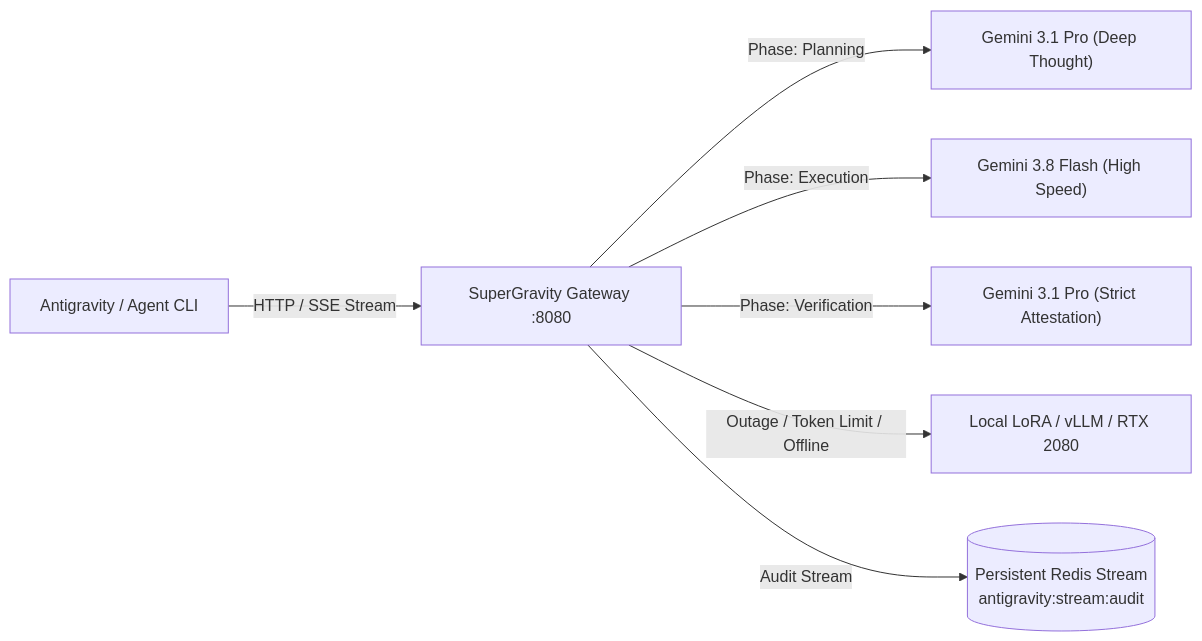
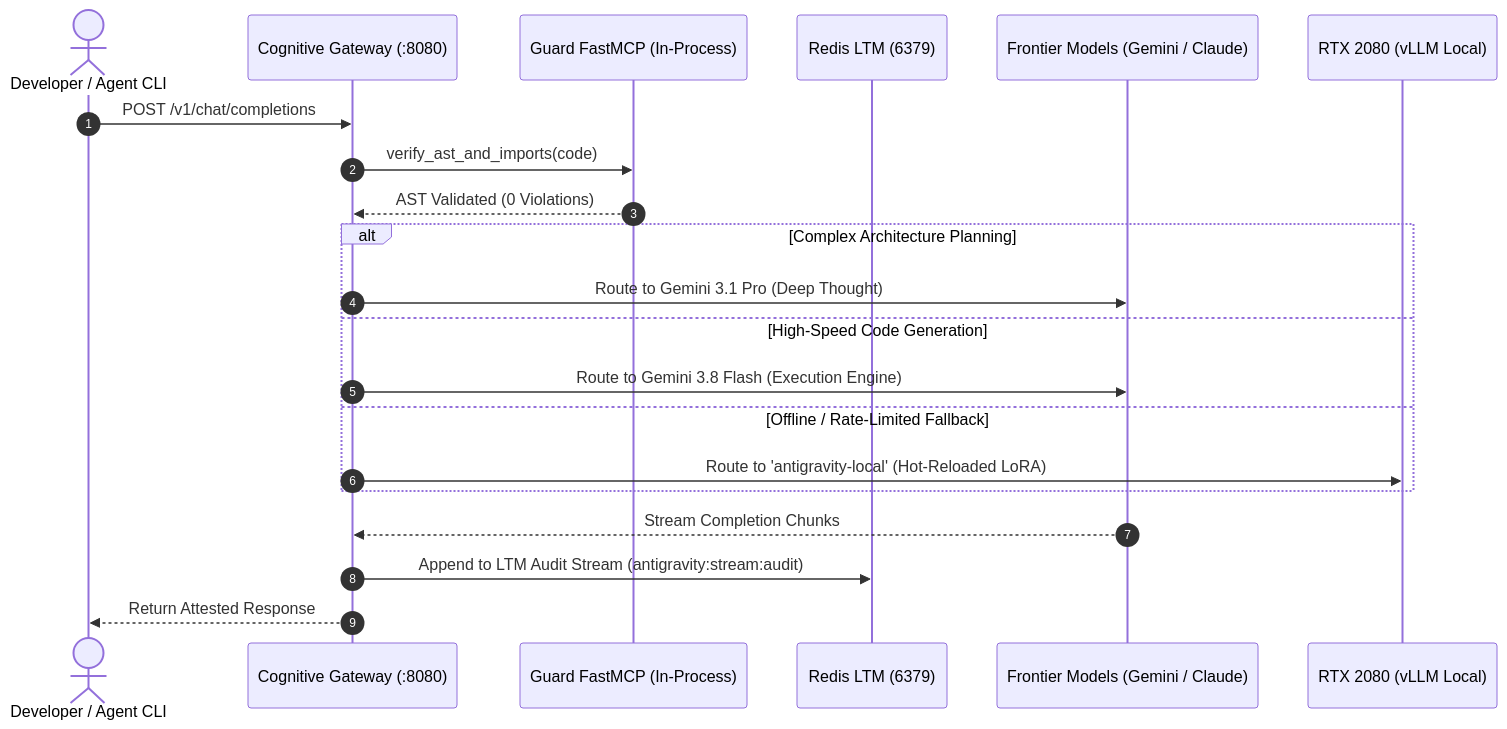
Before and after one commit to xaviercallens/AutoevolveAI: the third of 4 diagrams in README.md, drawn with Mermaid. The commit also changed other lines of this file and 5 other files, not shown here.

````diff
--- a/README.md
+++ b/README.md
@@ -68,9 +134,26 @@
 ```mermaid
-graph LR
-    Agent["Antigravity / Agent CLI"] -->|HTTP / SSE Stream| GW["SuperGravity Gateway :8080"]
-    GW -->|"Phase: Planning"| GPro["Gemini 3.1 Pro (Deep Thought)"]
-    GW -->|"Phase: Execution"| GFlash["Gemini 3.8 Flash (High Speed)"]
-    GW -->|"Phase: Verification"| GV["Gemini 3.1 Pro (Strict Attestation)"]
-    GW -->|"Outage / Token Limit / Offline"| Local["Local LoRA / vLLM / RTX 2080"]
-    GW -->|Audit Stream| Redis[("Persistent Redis Stream<br/>antigravity:stream:audit")]
+sequenceDiagram
+    autonumber
+    actor User as Developer / Agent CLI
+    participant GW as Cognitive Gateway (:8080)
+    participant FastMCP as Guard FastMCP (In-Process)
+    participant Redis as Redis LTM (6379)
+    participant LLM as Frontier Models (Gemini / Claude)
+    participant LocalGPU as RTX 2080 (vLLM Local)
+
+    User->>GW: POST /v1/chat/completions
+    GW->>FastMCP: verify_ast_and_imports(code)
+    FastMCP-->>GW: AST Validated (0 Violations)
+    
+    alt Complex Architecture Planning
+        GW->>LLM: Route to Gemini 3.1 Pro (Deep Thought)
+    else High-Speed Code Generation
+        GW->>LLM: Route to Gemini 3.8 Flash (Execution Engine)
+    else Offline / Rate-Limited Fallback
+        GW->>LocalGPU: Route to 'antigravity-local' (Hot-Reloaded LoRA)
+    end
+
+    LLM-->>GW: Stream Completion Chunks
+    GW->>Redis: Append to LTM Audit Stream (antigravity:stream:audit)
+    GW-->>User: Return Attested Response
 ```
````
